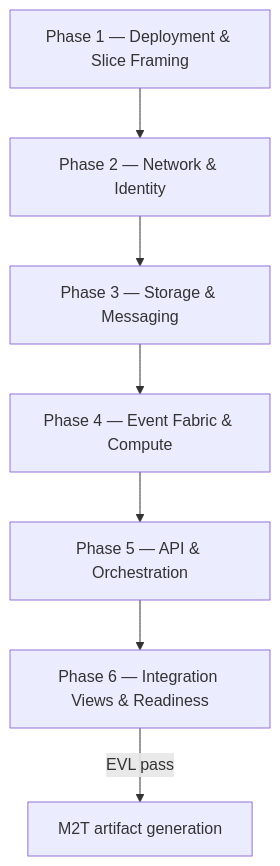
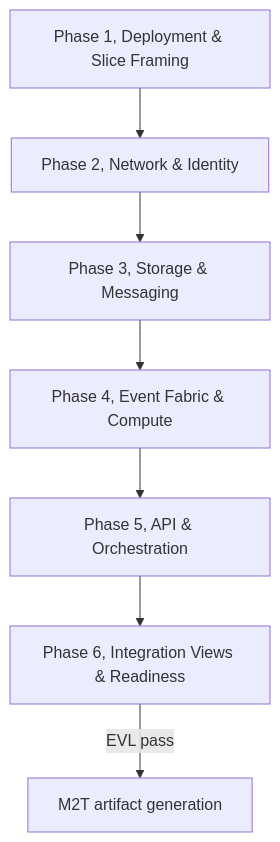
One commit to mehdieidi/modriss changed the diagram in docs/public-docs/docs/guides/psm-modeling-methodology.md. Above: the diagram before and after it, drawn with Mermaid. The commit also changed other lines of this file and 123 other files, not shown here.

````diff
--- a/docs/public-docs/docs/guides/psm-modeling-methodology.md
+++ b/docs/public-docs/docs/guides/psm-modeling-methodology.md
@@ -32,12 +32,12 @@
 ```mermaid
 flowchart TD
-  PH1["Phase 1 — Deployment & Slice Framing"]
-  PH2["Phase 2 — Network & Identity"]
-  PH3["Phase 3 — Storage & Messaging"]
-  PH4["Phase 4 — Event Fabric & Compute"]
-  PH5["Phase 5 — API & Orchestration"]
-  PH6["Phase 6 — Integration Views & Readiness"]
+  PH1["Phase 1, Deployment & Slice Framing"]
+  PH2["Phase 2, Network & Identity"]
+  PH3["Phase 3, Storage & Messaging"]
+  PH4["Phase 4, Event Fabric & Compute"]
+  PH5["Phase 5, API & Orchestration"]
+  PH6["Phase 6, Integration Views & Readiness"]
 
   PH1 --> PH2 --> PH3 --> PH4 --> PH5 --> PH6
   PH6 -->|EVL pass| GATE["M2T artifact generation"]
 ```
````
